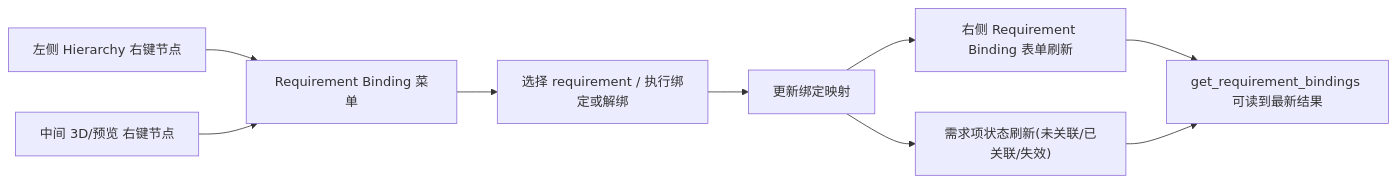
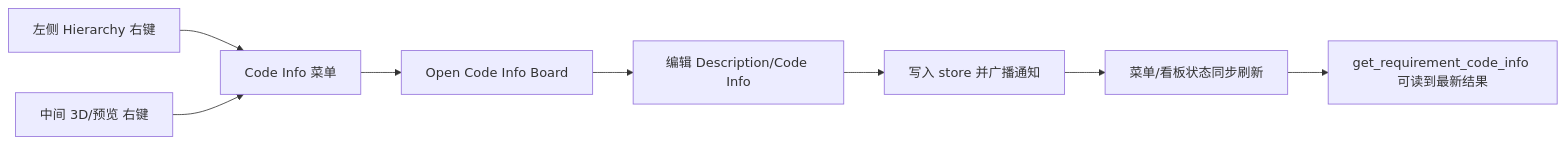
Before and after one commit to pangcheng33-1849/Lookin: the diagram in lookin-mcp/PRD.md, drawn with Mermaid. The commit also changed other lines of this file and 19 other files, not shown here.

Commit message:
feat: migrate requirement bindings to code info model

````diff
--- a/lookin-mcp/PRD.md
+++ b/lookin-mcp/PRD.md
@@ -198,11 +196,10 @@
 ```mermaid
 flowchart LR
-    A["左侧 Hierarchy 右键节点"] --> R["Requirement Binding 菜单"]
-    B["中间 3D/预览 右键节点"] --> R
-    R --> C["选择 requirement / 执行绑定或解绑"]
-    C --> D["更新绑定映射"]
-    D --> E["右侧 Requirement Binding 表单刷新"]
-    D --> F["需求项状态刷新(未关联/已关联/失效)"]
-    E --> G["get_requirement_bindings 可读到最新结果"]
-    F --> G
+    A["左侧 Hierarchy 右键"] --> R["Code Info 菜单"]
+    B["中间 3D/预览 右键"] --> R
+    R --> C["Open Code Info Board"]
+    C --> D["编辑 Description/Code Info"]
+    D --> E["写入 store 并广播通知"]
+    E --> F["菜单/看板状态同步刷新"]
+    F --> G["get_requirement_code_info 可读到最新结果"]
 ```
````
